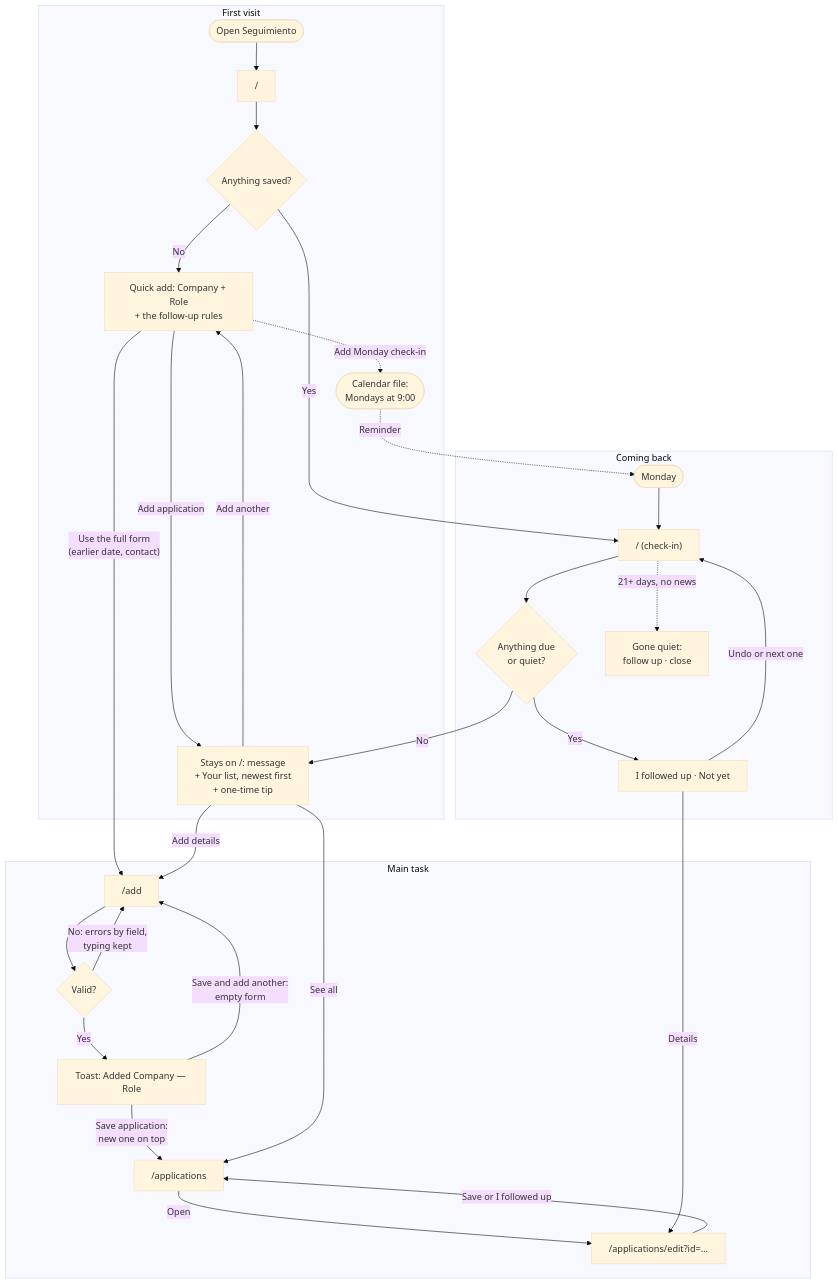
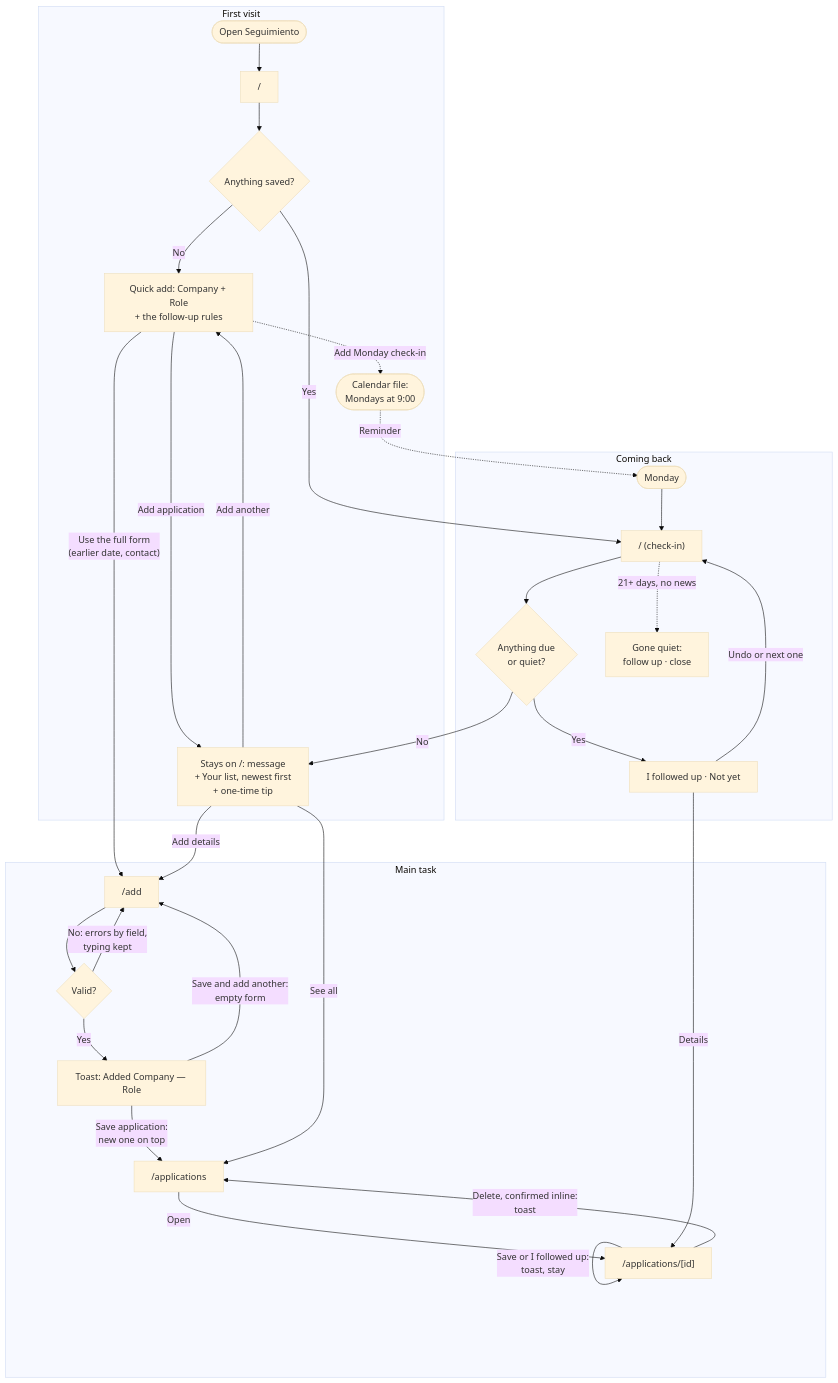
The diagram in a3-patterns-and-flows/README.md (gmedranotorres/projectdbs), drawn with Mermaid (base theme) before and after one commit. The commit also changed 14 other files, not shown here.

````diff
--- a/a3-patterns-and-flows/README.md
+++ b/a3-patterns-and-flows/README.md
@@ -17,37 +17,38 @@
 ```mermaid
 flowchart TD
   subgraph first["First visit"]
     open(["Open Seguimiento"]) --> home["/"]
     home --> anything{"Anything saved?"}
     anything -- No --> empty["Quick add: Company + Role<br/>+ the follow-up rules"]
     empty -- "Add application" --> listed["Stays on /: message<br/>+ Your list, newest first<br/>+ one-time tip"]
     listed -- "Add another" --> empty
     empty -. "Add Monday check-in" .-> ics(["Calendar file:<br/>Mondays at 9:00"])
   end
 
   subgraph main["Main task"]
     add["/add"] --> valid{"Valid?"}
     valid -- "No: errors by field,<br/>typing kept" --> add
     valid -- Yes --> saved["Toast: Added Company — Role"]
     saved -- "Save and add another:<br/>empty form" --> add
     saved -- "Save application:<br/>new one on top" --> list["/applications"]
-    list -- Open --> edit["/applications/edit?id=…"]
-    edit -- "Save or I followed up" --> list
+    list -- Open --> edit["/applications/[id]"]
+    edit -- "Save or I followed up:<br/>toast, stay" --> edit
+    edit -- "Delete, confirmed inline:<br/>toast" --> list
   end
 
   subgraph back["Coming back"]
     monday(["Monday"]) --> checkin["/ (check-in)"]
     checkin --> due{"Anything due<br/>or quiet?"}
     due -- Yes --> act["I followed up · Not yet"]
     act -- "Undo or next one" --> checkin
     checkin -. "21+ days, no news" .-> quiet["Gone quiet:<br/>follow up · close"]
   end
 
   empty -- "Use the full form<br/>(earlier date, contact)" --> add
   due -- No --> listed
   listed -- "See all" --> list
   listed -- "Add details" --> add
   ics -. "Reminder" .-> monday
   anything -- Yes --> checkin
   act -- Details --> edit
 ```
````
